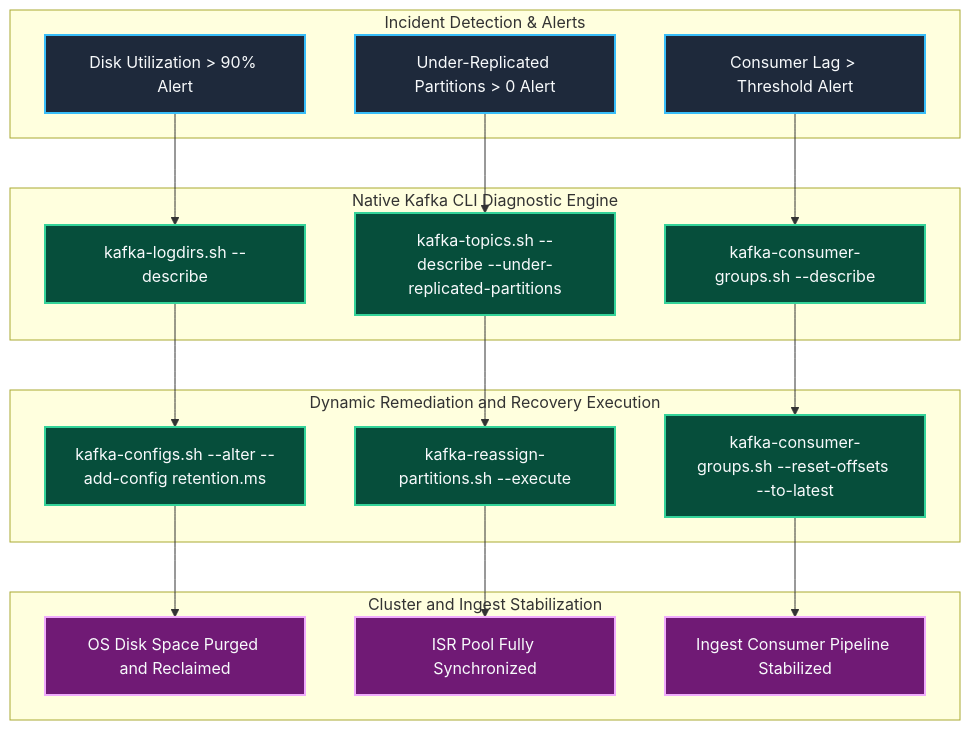
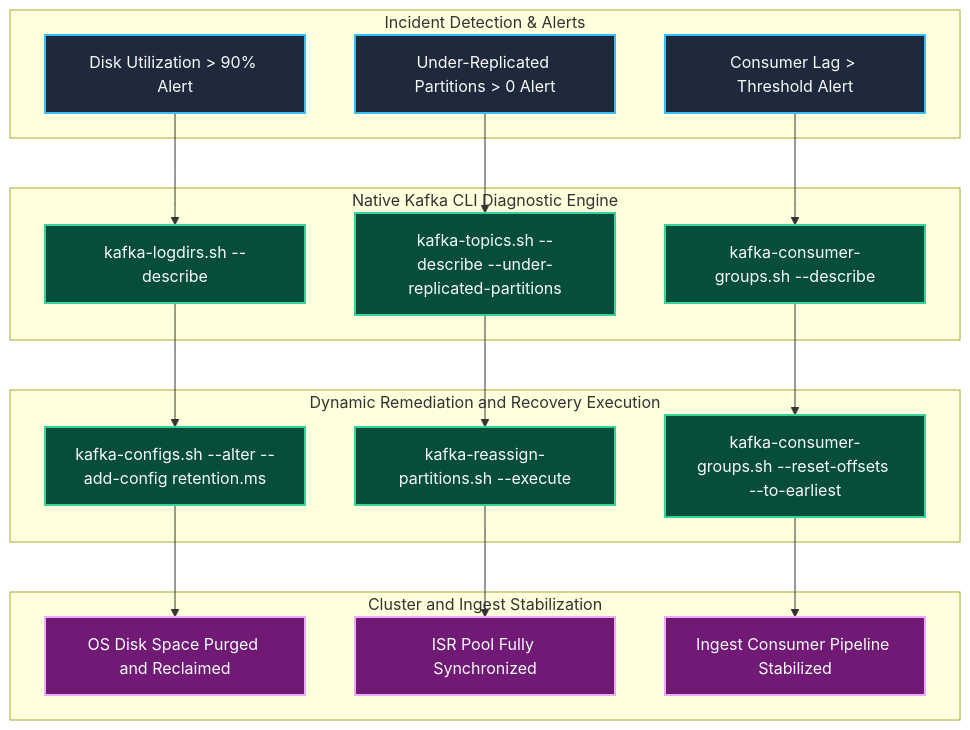
One commit to Chief-Strategist-J/llm-obs-infra changed diagram 21 of 48 in docs/configDoc/kafka-configuration-guide.md. Above: the diagram before and after it, drawn with Mermaid. The commit also changed other lines of this file, not shown here.

First line of the commit message:
docs(kafka): comprehensive guide rewrite — fix 3 bugs, add 12 production-critical sections

````diff
--- a/docs/configDoc/kafka-configuration-guide.md
+++ b/docs/configDoc/kafka-configuration-guide.md
@@ -1627,49 +1703,49 @@
 ```mermaid
 graph TD
     subgraph IncidentDetection ["Incident Detection & Alerts"]
         Alert1["Disk Utilization > 90% Alert"]
         Alert2["Under-Replicated Partitions > 0 Alert"]
         Alert3["Consumer Lag > Threshold Alert"]
     end
 
     subgraph KafkaAdminTooling ["Native Kafka CLI Diagnostic Engine"]
         LogDirsCLI["kafka-logdirs.sh --describe"]
         TopicsCLI["kafka-topics.sh --describe --under-replicated-partitions"]
         ConsumerCLI["kafka-consumer-groups.sh --describe"]
     end
 
     subgraph RemediationEngine ["Dynamic Remediation and Recovery Execution"]
         ConfigsCLI["kafka-configs.sh --alter --add-config retention.ms"]
         ReassignCLI["kafka-reassign-partitions.sh --execute"]
-        ResetOffsetCLI["kafka-consumer-groups.sh --reset-offsets --to-latest"]
+        ResetOffsetCLI["kafka-consumer-groups.sh --reset-offsets --to-earliest"]
     end
 
     subgraph ClusterRecovery ["Cluster and Ingest Stabilization"]
         StorageReclaimed["OS Disk Space Purged and Reclaimed"]
         ISRRestored["ISR Pool Fully Synchronized"]
         LagCleared["Ingest Consumer Pipeline Stabilized"]
     end
 
     Alert1 --> LogDirsCLI
     LogDirsCLI --> ConfigsCLI
     ConfigsCLI --> StorageReclaimed
     Alert2 --> TopicsCLI
     TopicsCLI --> ReassignCLI
     ReassignCLI --> ISRRestored
     Alert3 --> ConsumerCLI
     ConsumerCLI --> ResetOffsetCLI
     ResetOffsetCLI --> LagCleared
 
     style Alert1 fill:#1e293b,stroke:#38bdf8,stroke-width:2px,color:#f8fafc
     style Alert2 fill:#1e293b,stroke:#38bdf8,stroke-width:2px,color:#f8fafc
     style Alert3 fill:#1e293b,stroke:#38bdf8,stroke-width:2px,color:#f8fafc
     style LogDirsCLI fill:#064e3b,stroke:#34d399,stroke-width:2px,color:#f8fafc
     style TopicsCLI fill:#064e3b,stroke:#34d399,stroke-width:2px,color:#f8fafc
     style ConsumerCLI fill:#064e3b,stroke:#34d399,stroke-width:2px,color:#f8fafc
     style ConfigsCLI fill:#064e3b,stroke:#34d399,stroke-width:2px,color:#f8fafc
     style ReassignCLI fill:#064e3b,stroke:#34d399,stroke-width:2px,color:#f8fafc
     style ResetOffsetCLI fill:#064e3b,stroke:#34d399,stroke-width:2px,color:#f8fafc
     style StorageReclaimed fill:#701a75,stroke:#f0abfc,stroke-width:2px,color:#f8fafc
     style ISRRestored fill:#701a75,stroke:#f0abfc,stroke-width:2px,color:#f8fafc
     style LagCleared fill:#701a75,stroke:#f0abfc,stroke-width:2px,color:#f8fafc
 ```
````
